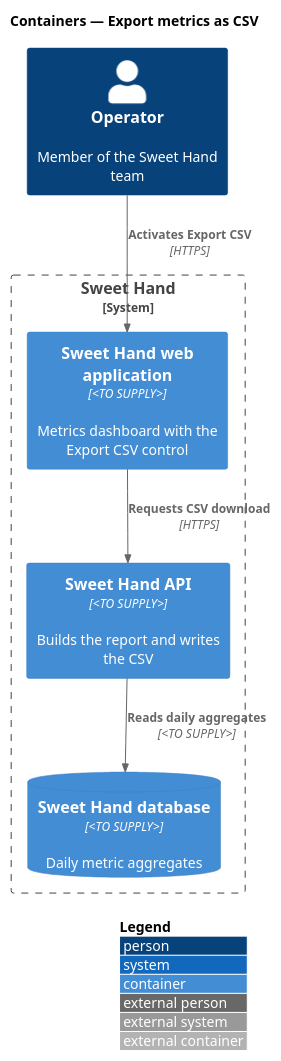
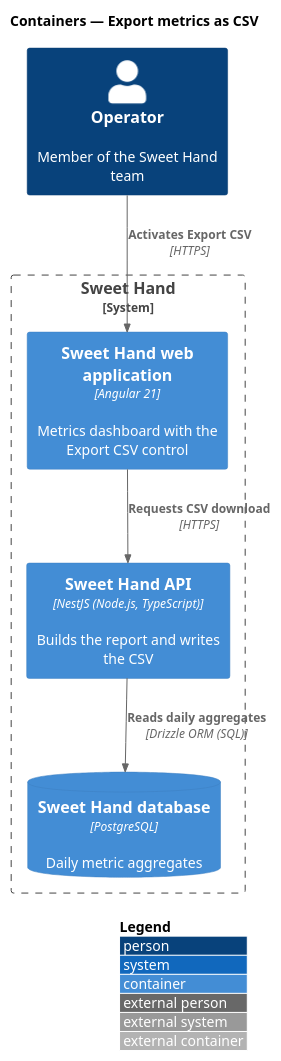
One commit to QuinntyneBrown/sweet-hand changed the diagram in docs/detailed-designs/metrics/export-metrics/diagrams/c4-container.puml. Above: the diagram before and after it, drawn with PlantUML. The commit also changed 14 other files, not shown here.

```diff
--- a/docs/detailed-designs/metrics/export-metrics/diagrams/c4-container.puml
+++ b/docs/detailed-designs/metrics/export-metrics/diagrams/c4-container.puml
@@ -1,15 +1,15 @@
 @startuml
 !include <C4/C4_Container>
 LAYOUT_WITH_LEGEND()
 title Containers — Export metrics as CSV
 
 Person(operator, "Operator", "Member of the Sweet Hand team")
 System_Boundary(sweethand, "Sweet Hand") {
-  Container(web, "Sweet Hand web application", "<TO SUPPLY>", "Metrics dashboard with the Export CSV control")
-  Container(api, "Sweet Hand API", "<TO SUPPLY>", "Builds the report and writes the CSV")
-  ContainerDb(db, "Sweet Hand database", "<TO SUPPLY>", "Daily metric aggregates")
+  Container(web, "Sweet Hand web application", "Angular 21", "Metrics dashboard with the Export CSV control")
+  Container(api, "Sweet Hand API", "NestJS (Node.js, TypeScript)", "Builds the report and writes the CSV")
+  ContainerDb(db, "Sweet Hand database", "PostgreSQL", "Daily metric aggregates")
 }
 Rel(operator, web, "Activates Export CSV", "HTTPS")
 Rel(web, api, "Requests CSV download", "HTTPS")
-Rel(api, db, "Reads daily aggregates", "<TO SUPPLY>")
+Rel(api, db, "Reads daily aggregates", "Drizzle ORM (SQL)")
 @enduml
```
